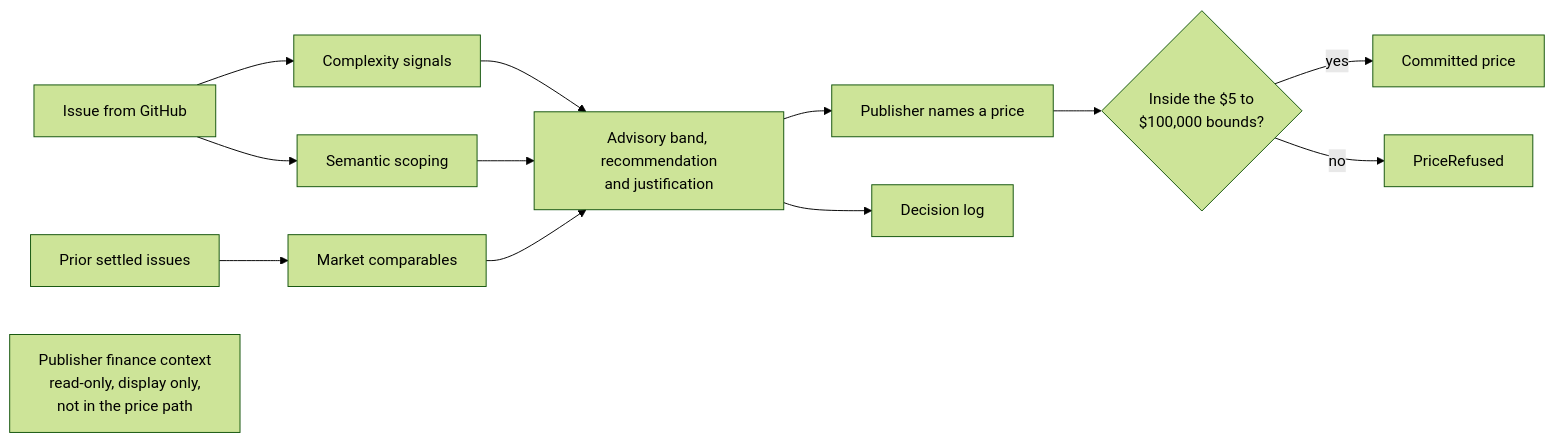
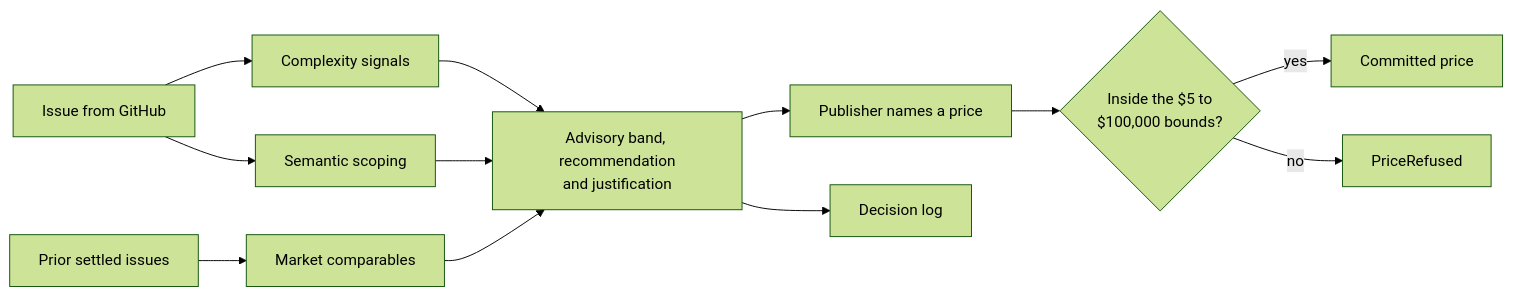
One commit to vanduc2514/hackathon-circle-misthos changed the fourth of 7 diagrams in docs/ARCHITECTURE.md. Above: the diagram before and after it, drawn with Mermaid (forest theme). The commit also changed other lines of this file and 71 other files, not shown here.

````diff
--- a/docs/ARCHITECTURE.md
+++ b/docs/ARCHITECTURE.md
@@ -419,15 +417,14 @@
 ```mermaid
 flowchart LR
     I["Issue from GitHub"] --> C["Complexity signals"]
     I --> S["Semantic scoping"]
     O["Prior settled issues"] --> M["Market comparables"]
-    F["Publisher finance context<br/>read-only, display only,<br/>not in the price path"]
     C --> A["Advisory band, recommendation<br/>and justification"]
     M --> A
     S --> A
     A --> R["Publisher names a price"]
     R --> B{"Inside the $5 to<br/>$100,000 bounds?"}
     B -->|"yes"| P["Committed price"]
     B -->|"no"| X["PriceRefused"]
     A --> D["Decision log"]
 ```
````
